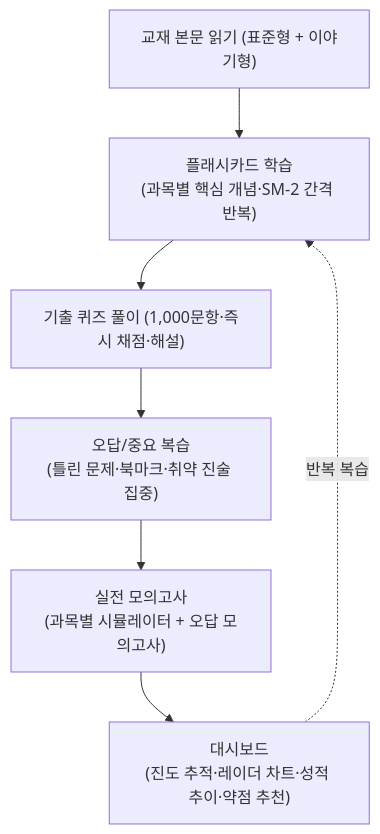
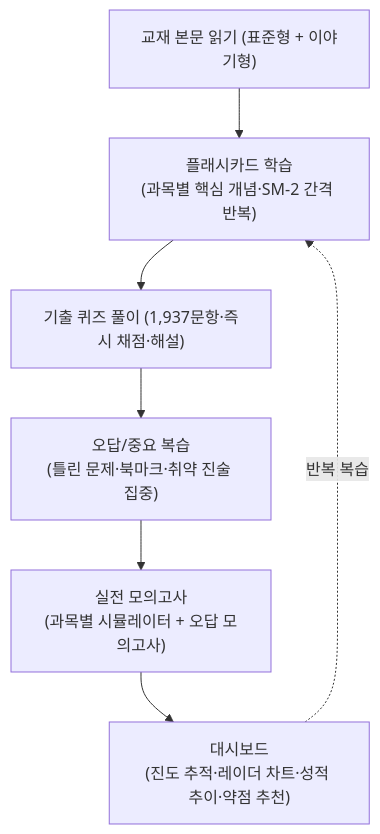
The fifth of 19 diagrams in docs/exams/cosmetic/business/맞춤형화장품_조제관리사_자격증플랫폼_사업기획서.md (skygoldlee-cyber/passok), drawn with Mermaid before and after one commit. The commit also changed other lines of this file and 12 other files, not shown here.

````diff
--- a/docs/exams/cosmetic/business/맞춤형화장품_조제관리사_자격증플랫폼_사업기획서.md
+++ b/docs/exams/cosmetic/business/맞춤형화장품_조제관리사_자격증플랫폼_사업기획서.md
@@ -301,9 +301,9 @@
 ```mermaid
 flowchart TD
     A["교재 본문 읽기 (표준형 + 이야기형)"] --> B["플래시카드 학습<br/>(과목별 핵심 개념·SM-2 간격 반복)"]
-    B --> C["기출 퀴즈 풀이 (1,000문항·즉시 채점·해설)"]
+    B --> C["기출 퀴즈 풀이 (1,937문항·즉시 채점·해설)"]
     C --> D["오답/중요 복습<br/>(틀린 문제·북마크·취약 진술 집중)"]
     D --> E["실전 모의고사<br/>(과목별 시뮬레이터 + 오답 모의고사)"]
     E --> F["대시보드<br/>(진도 추적·레이더 차트·성적 추이·약점 추천)"]
     F -.->|"반복 복습"| B
 ```
````
